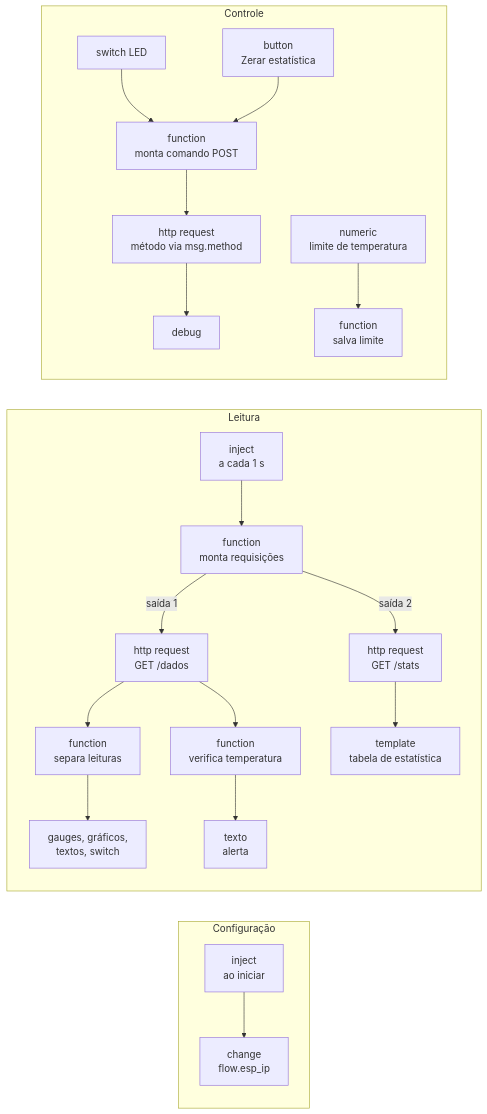
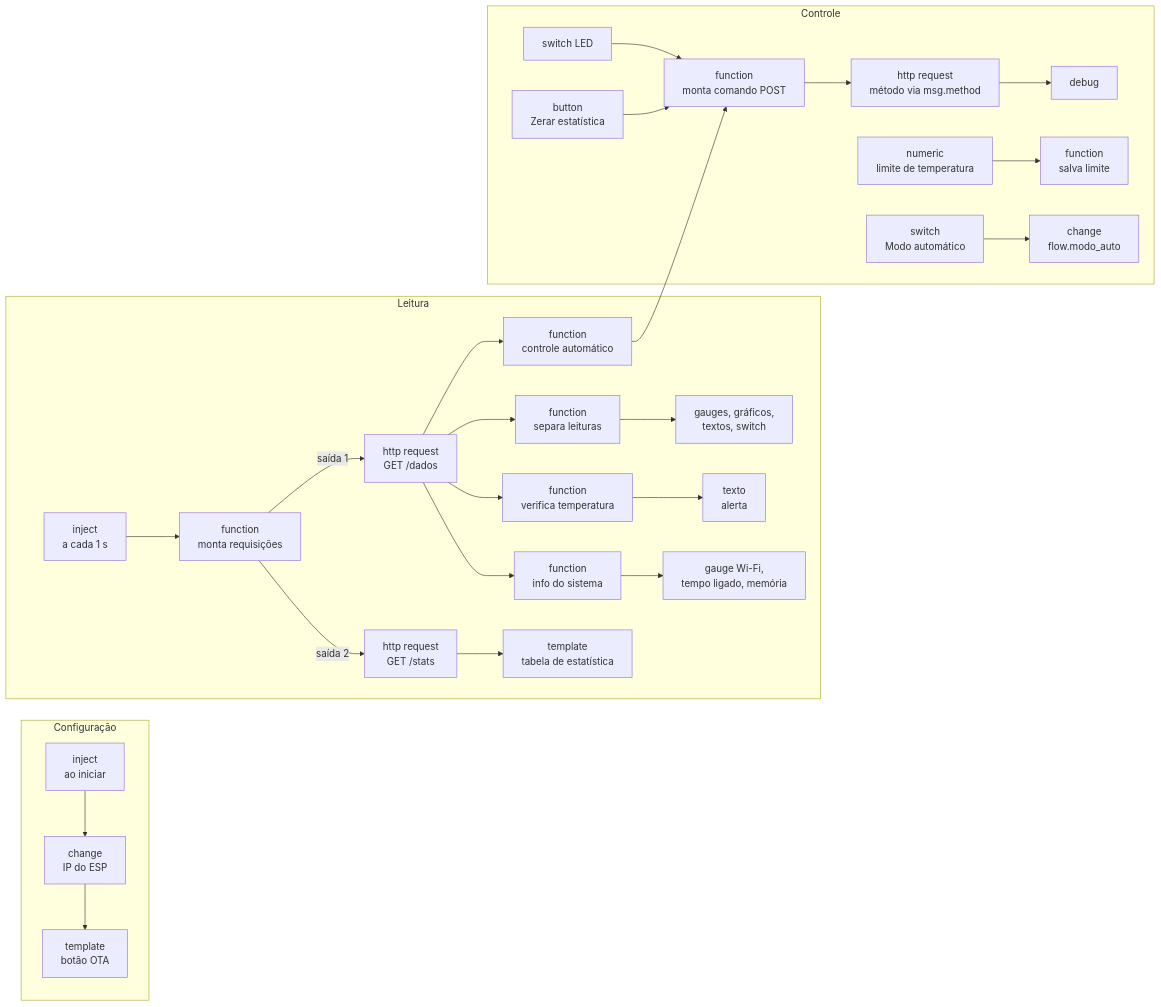
One commit to GuilhermeBertola1/T2_RIC changed the second of 2 diagrams in README.md. Above: the diagram before and after it, drawn with Mermaid. The commit also changed other lines of this file and 1 other file, not shown here.

````diff
--- a/README.md
+++ b/README.md
@@ -323,18 +316,22 @@
 ```mermaid
 flowchart LR
     subgraph Configuração
-        I0[inject<br/>ao iniciar] --> C0[change<br/>flow.esp_ip]
+        I0[inject<br/>ao iniciar] --> C0[change<br/>IP do ESP] --> OTA[template<br/>botão OTA]
     end
     subgraph Leitura
         I1[inject<br/>a cada 1 s] --> F1[function<br/>monta requisições]
         F1 -- saída 1 --> H1[http request<br/>GET /dados] --> F2[function<br/>separa leituras] --> W[gauges, gráficos,<br/>textos, switch]
         H1 --> A[function<br/>verifica temperatura] --> AV[texto<br/>alerta]
+        H1 --> CA[function<br/>controle automático]
+        H1 --> IS[function<br/>info do sistema] --> WS[gauge Wi-Fi,<br/>tempo ligado, memória]
         F1 -- saída 2 --> H2[http request<br/>GET /stats] --> T[template<br/>tabela de estatística]
     end
     subgraph Controle
         S[switch LED] --> F3[function<br/>monta comando POST]
         B[button<br/>Zerar estatística] --> F3
+        CA --> F3
         F3 --> H3[http request<br/>método via msg.method] --> D[debug]
         L[numeric<br/>limite de temperatura] --> FL[function<br/>salva limite]
+        MA[switch<br/>Modo automático] --> CM[change<br/>flow.modo_auto]
     end
 ```
````
